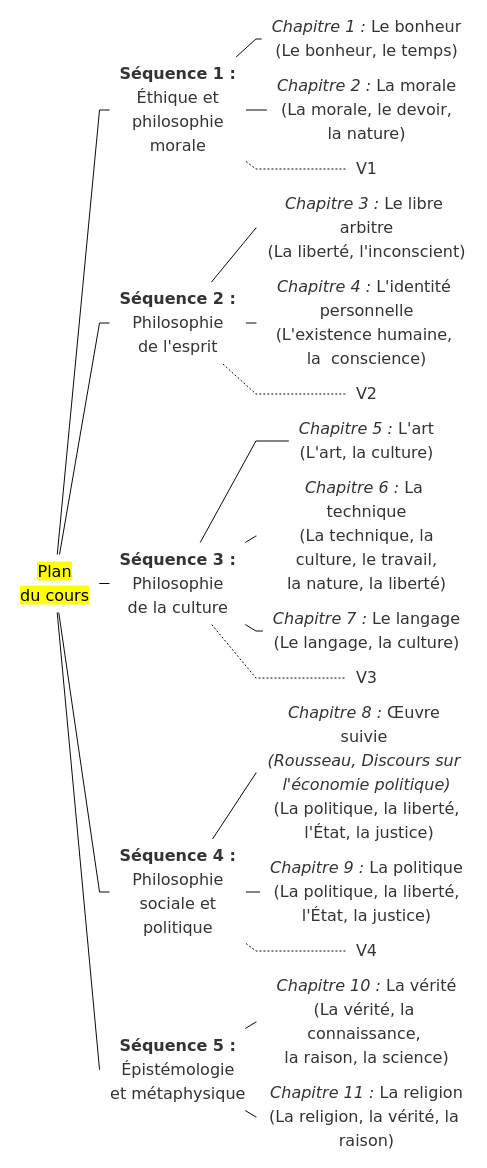
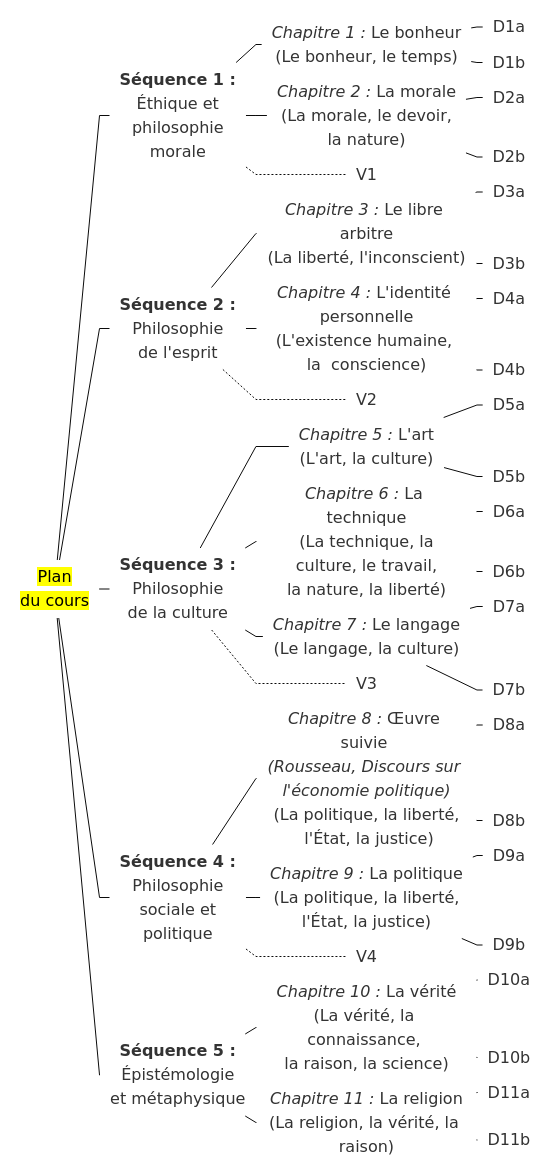
The diagram in plan-cours-2022.mmd (eyssette/tree-diagrams), drawn with Mermaid before and after one commit. The commit also changed other lines of this file, not shown here.

```diff
--- a/plan-cours-2022.mmd
+++ b/plan-cours-2022.mmd
@@ -1,38 +1,50 @@
 %%{init{"theme":"base","themeCSS":"* {line-height:1.25em!important; font-size:12px; text-align:left!important;} span span{color:#666; font-size:0.9em;}  g[id*=\"A\"] * {font-size:1.01em;}  g[id*=\"V\"] * {color:transparent} .edge-thickness-normal{stroke-width:1px; stroke:#999;} .edge-thickness-thick{stroke-width:1px!important} .edge-pattern-dotted{stroke:transparent} mark {background-color:grey; color:white; display:block; text-align:center!important; padding:5px 10px; border-radius:15px}","themeVariables":{"secondaryColor":"transparent","primaryColor":"transparent","primaryBorderColor":"transparent"},"flowchart":{"htmlLabels":true,"padding":5,"rankSpacing":1,"nodeSpacing":1,"curve":"linear"}} }%%
 flowchart LR
 
 A[<mark>Plan <br>du cours</mark>]
 
 B1[<b>Séquence 1 :</b></b><br> Éthique et <br> philosophie<br>  morale]
 B2[<b>Séquence 2 :</b><br> Philosophie <br> de l'esprit]
 B3[<b>Séquence 3 :</b><br> Philosophie<br> de la culture]
 B4[<b>Séquence 4 :</b><br> Philosophie<br>sociale et <br>politique]
 B5[<b>Séquence 5 :</b><br>Épistémologie <br>et métaphysique]
+
+A --- B1 & B2 & B3 & B4 & B5
+
+B1 --- C1 & C2
+B1 -.- V1
+B2 --- C3 & C4
+B2 -.- V2
+B3 --- C5 & C6 & C7
+B3 -.- V3
+B4 --- C8 & C9
+B4 -.- V4
+B5 --- C10 & C11
 
 C1["<i>Chapitre 1 :</i> Le bonheur<br><span>(Le bonheur, le temps)</span>"]
 C2["<i>Chapitre 2 :</i> La morale<br><span>(La morale, le devoir,<br>la nature)</span>"]
 
 C3["<i>Chapitre 3 :</i> Le libre arbitre<br><span>(La liberté, l'inconscient)</span>"]
 C4["<i>Chapitre 4 :</i> L'identité personnelle<br><span>(L'existence humaine, la  conscience)</span>"]
 
 C5["<i>Chapitre 5 :</i> L'art<br><span>(L'art, la culture)</span>"]
 C6["<i>Chapitre 6 :</i> La technique<br><span>(La technique, la<br>culture, le travail,<br>la nature, la liberté)</span>"]
 C7["<i>Chapitre 7 :</i> Le langage<br><span>(Le langage, la culture)</span>"]
 
 C8["<i>Chapitre 8 :</i> Œuvre suivie <br><cite>(Rousseau, <i>Discours sur <br>l'économie politique</i>)</cite><br><span>(La politique, la liberté,<br> l'#Eacute;tat, la justice)</span>"]
 C9["<i>Chapitre 9 :</i> La politique<br><span>(La politique, la liberté,<br> l'#Eacute;tat, la justice)</span>"]
 
 C10["<i>Chapitre 10 :</i> La vérité<br><span>(La vérité, la connaissance, <br>la raison, la science)</span>"]
 C11["<i>Chapitre 11 :</i> La religion<br><span>(La religion, la vérité, la raison)</span>"]
 
-A --- B1 & B2 & B3 & B4 & B5
-
-B1 --- C1 & C2
-B1 -.- V1
-B2 --- C3 & C4
-B2 -.- V2
-B3 --- C5 & C6 & C7
-B3 -.- V3
-B4 --- C8 & C9
-B4 -.- V4
-B5 --- C10 & C11
+C1 --- D1a & D1b
+C2 --- D2a & D2b
+C3 --- D3a & D3b
+C4 --- D4a & D4b
+C5 --- D5a & D5b
+C6 --- D6a & D6b
+C7 --- D7a & D7b
+C8 --- D8a & D8b
+C9 --- D9a & D9b
+C10 --- D10a & D10b
+C11 --- D11a & D11b
```
